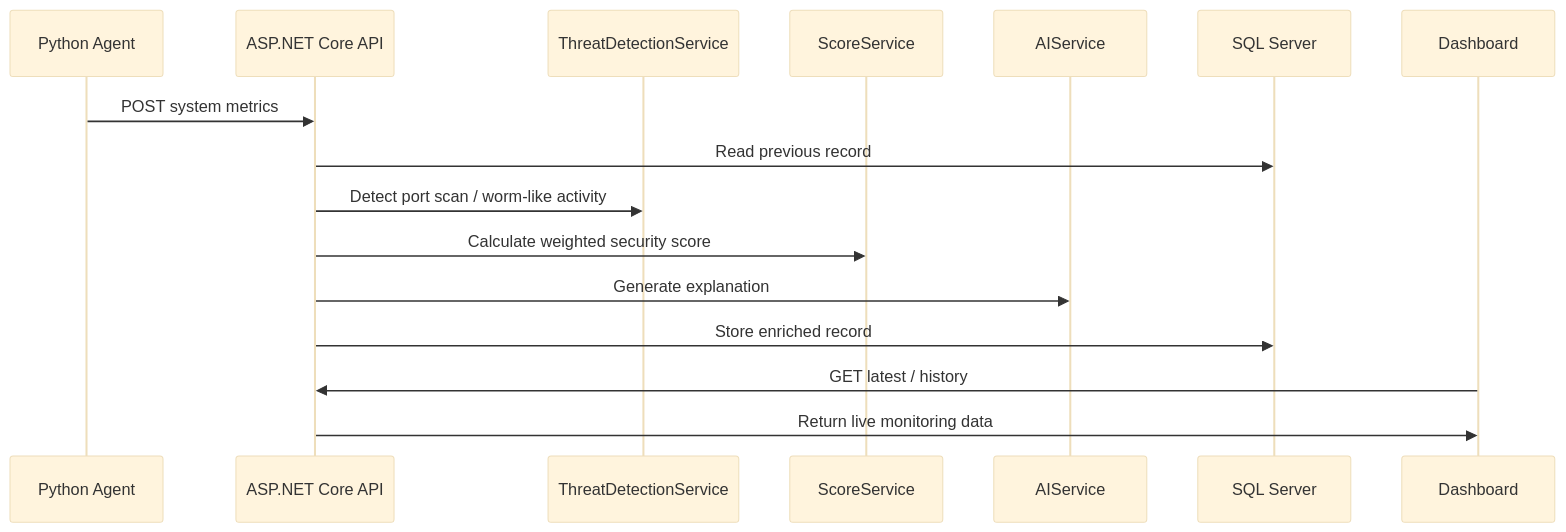
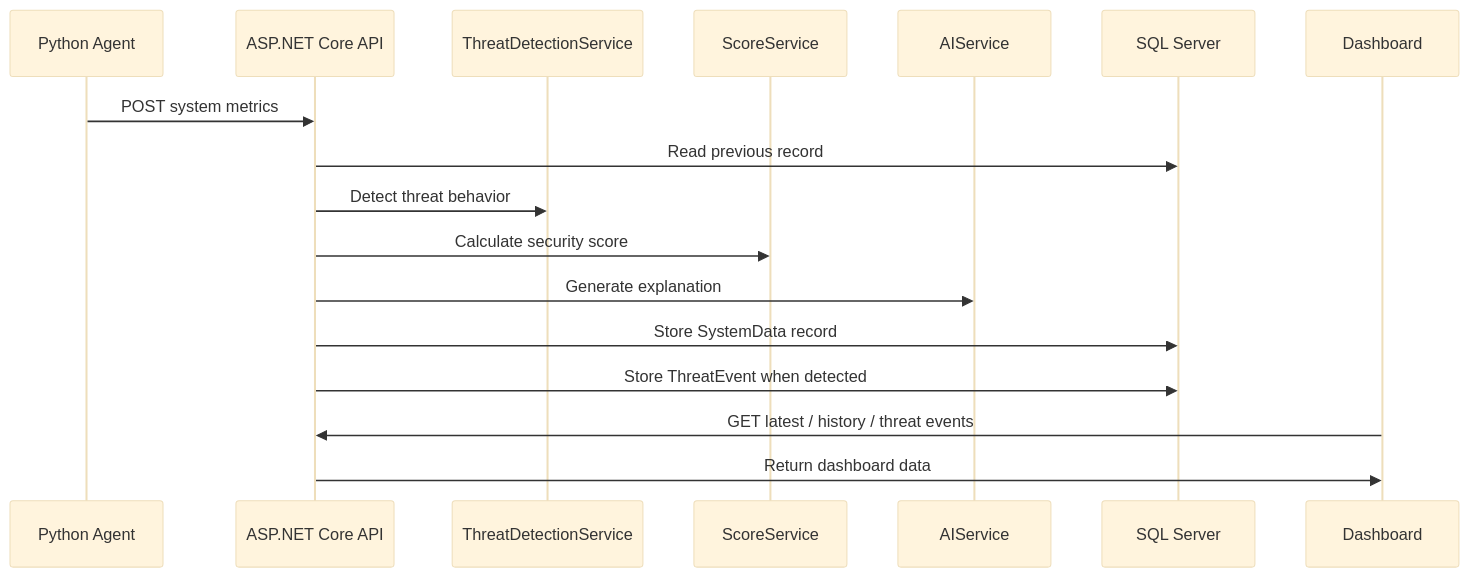
The second of 2 diagrams in README.md (AFurkanOcel/SysScore), drawn with Mermaid (base theme) before and after one commit. The commit also changed other lines of this file and 10 other files, not shown here.

Commit message:
Update README for final security dashboard

````diff
--- a/README.md
+++ b/README.md
@@ -245,19 +250,20 @@
 ```mermaid
 sequenceDiagram
     participant Agent as Python Agent
     participant API as ASP.NET Core API
     participant Threat as ThreatDetectionService
     participant Score as ScoreService
     participant AI as AIService
     participant DB as SQL Server
     participant UI as Dashboard
 
     Agent->>API: POST system metrics
     API->>DB: Read previous record
-    API->>Threat: Detect port scan / worm-like activity
-    API->>Score: Calculate weighted security score
+    API->>Threat: Detect threat behavior
+    API->>Score: Calculate security score
     API->>AI: Generate explanation
-    API->>DB: Store enriched record
-    UI->>API: GET latest / history
-    API->>UI: Return live monitoring data
+    API->>DB: Store SystemData record
+    API->>DB: Store ThreatEvent when detected
+    UI->>API: GET latest / history / threat events
+    API->>UI: Return dashboard data
 ```
````
